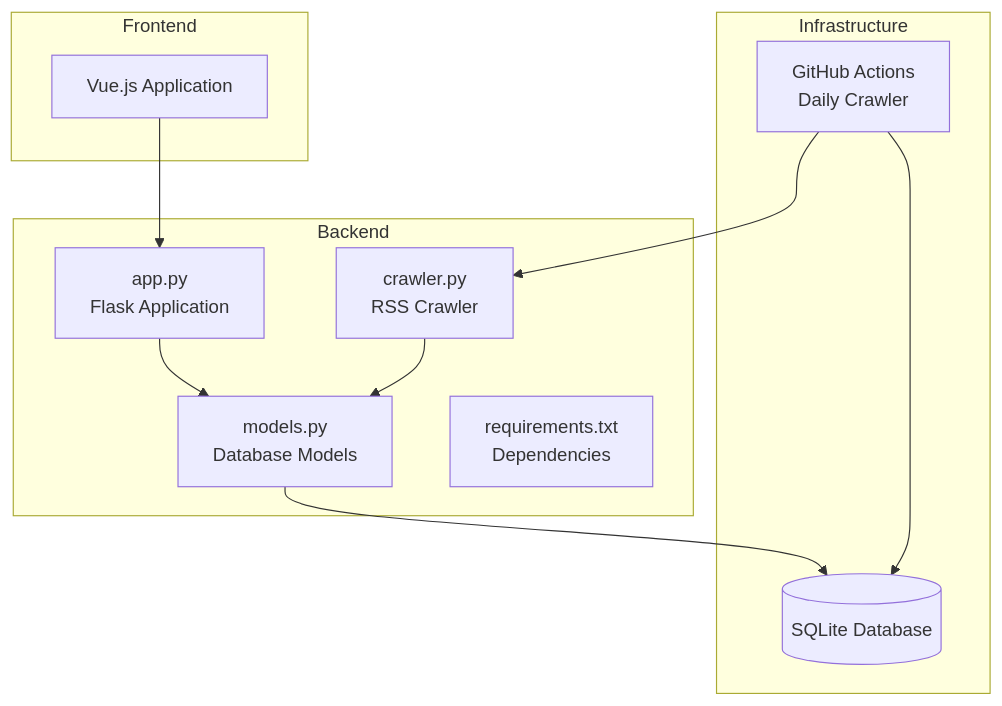
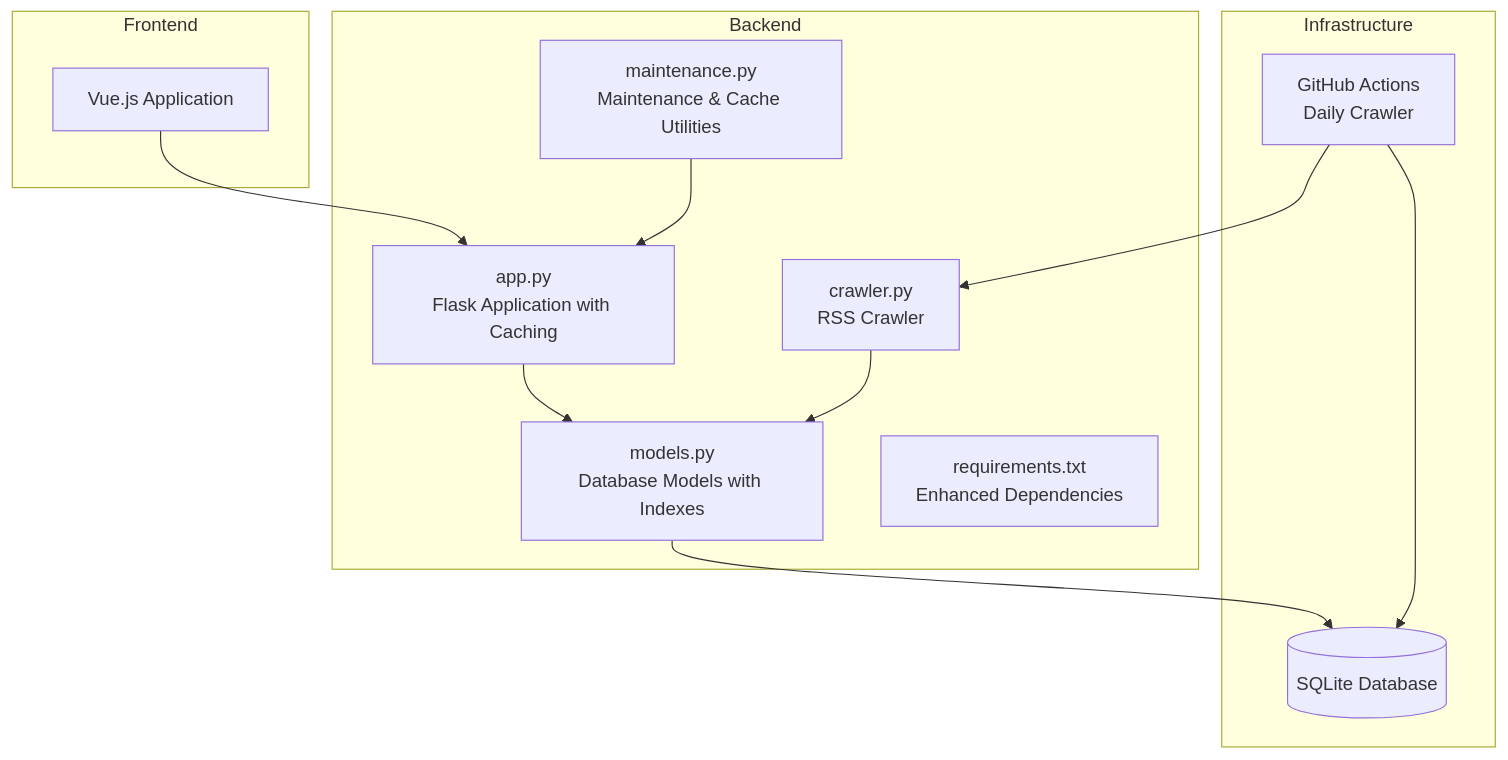
Before and after one commit to zbw-zbw/news-aggregator: the first of 4 diagrams in .qoder/repowiki/en/content/Backend API Documentation/Backend API Documentation.md, drawn with Mermaid. The commit also changed other lines of this file and 9 other files, not shown here.

````diff
--- a/.qoder/repowiki/en/content/Backend API Documentation/Backend API Documentation.md
+++ b/.qoder/repowiki/en/content/Backend API Documentation/Backend API Documentation.md
@@ -42,22 +51,24 @@
 ```mermaid
 graph TB
 subgraph "Backend"
-APP[app.py<br/>Flask Application]
-MODELS[models.py<br/>Database Models]
+APP[app.py<br/>Flask Application with Caching]
+MODELS[models.py<br/>Database Models with Indexes]
 CRAWLER[crawler.py<br/>RSS Crawler]
-REQ[requirements.txt<br/>Dependencies]
+MAINT[maintenance.py<br/>Maintenance & Cache Utilities]
+REQ[requirements.txt<br/>Enhanced Dependencies]
 end
 subgraph "Frontend"
 FRONT[Vue.js Application]
 end
 subgraph "Infrastructure"
 GHA[GitHub Actions<br/>Daily Crawler]
 DB[(SQLite Database)]
 end
 FRONT --> APP
 APP --> MODELS
 MODELS --> DB
 CRAWLER --> MODELS
+MAINT --> APP
 GHA --> CRAWLER
 GHA --> DB
 ```
````
